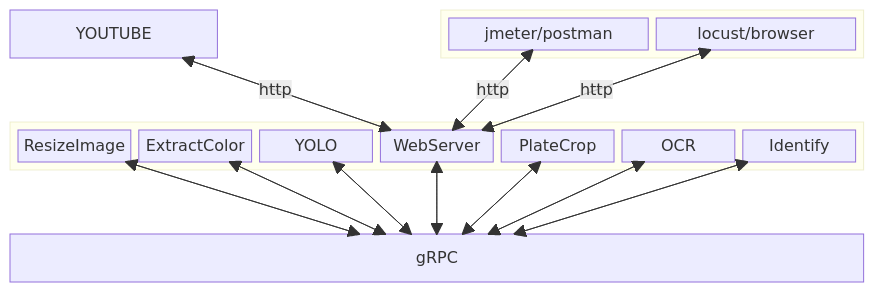
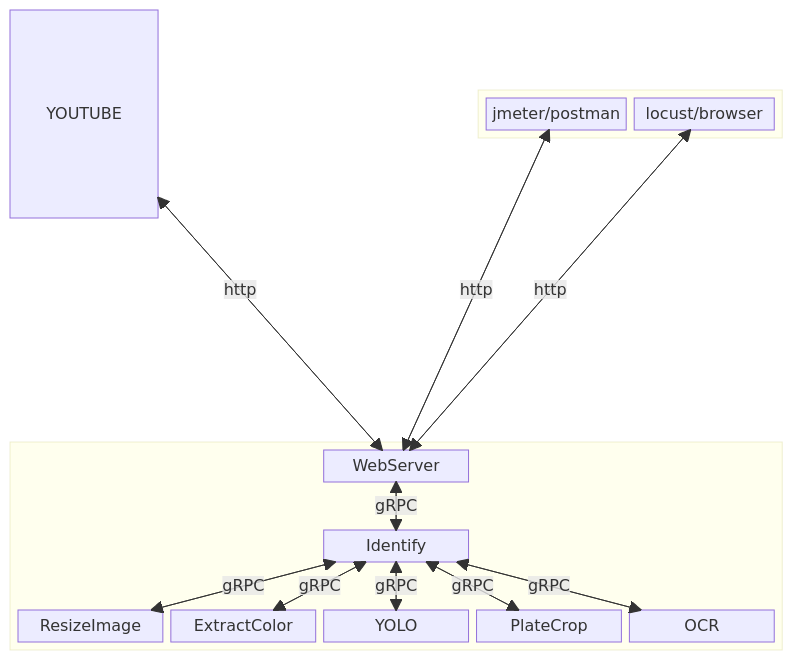
Before and after one commit to phamdatltk/vehicle-identification: the first of 4 diagrams in README.md, drawn with Mermaid.

````diff
--- a/README.md
+++ b/README.md
@@ -5,48 +5,38 @@
 ```mermaid
 block-beta
-columns 4
-    YOUTUBE:1
-    space
+columns 5
+    YOUTUBE
+    space space 
     block:user:2
-    jmeter/postman:1
-    locust/browser:1
+    columns 3
+        jmeter/postman
+        locust/browser
     end
-    space
-    space
-    space
-    space
-    block:App:4
-    ResizeImage
-    ExtractColor
-    YOLO
-    WebServer
-    PlateCrop
-    OCR
-    Identify
+    space space space space space
+    block:App:5
+    columns 5
+        space space WebServer:1 space space
+        space space space       space space
+        space space Identify:1  space space
+        space space space       space space
+        ResizeImage ExtractColor YOLO PlateCrop OCR
     end
-    space
-    space
-    space
-    space
-    gRPC:4
-    ResizeImage --> gRPC
-    ExtractColor --> gRPC
-    YOLO --> gRPC
-    PlateCrop --> gRPC
-    OCR --> gRPC
-    Identify --> gRPC
-    WebServer --> gRPC
-    gRPC --> ResizeImage
-    gRPC --> ExtractColor
-    gRPC --> YOLO
-    gRPC --> PlateCrop
-    gRPC --> OCR
-    gRPC --> Identify
-    gRPC --> WebServer
     locust/browser --> WebServer
     WebServer --"http"--> locust/browser
     jmeter/postman --> WebServer
     WebServer --"http"--> jmeter/postman
     YOUTUBE --> WebServer
     WebServer --"http"--> YOUTUBE
+    WebServer --> Identify
+    Identify --"gRPC"--> WebServer
+    Identify --> ResizeImage
+    ResizeImage --"gRPC"--> Identify
+    Identify --> ExtractColor
+    ExtractColor --"gRPC"--> Identify
+    Identify --> YOLO
+    YOLO --"gRPC"--> Identify
+    Identify --> PlateCrop
+    PlateCrop --"gRPC"--> Identify
+    Identify --> OCR
+    OCR --"gRPC"--> Identify
 ```
````
